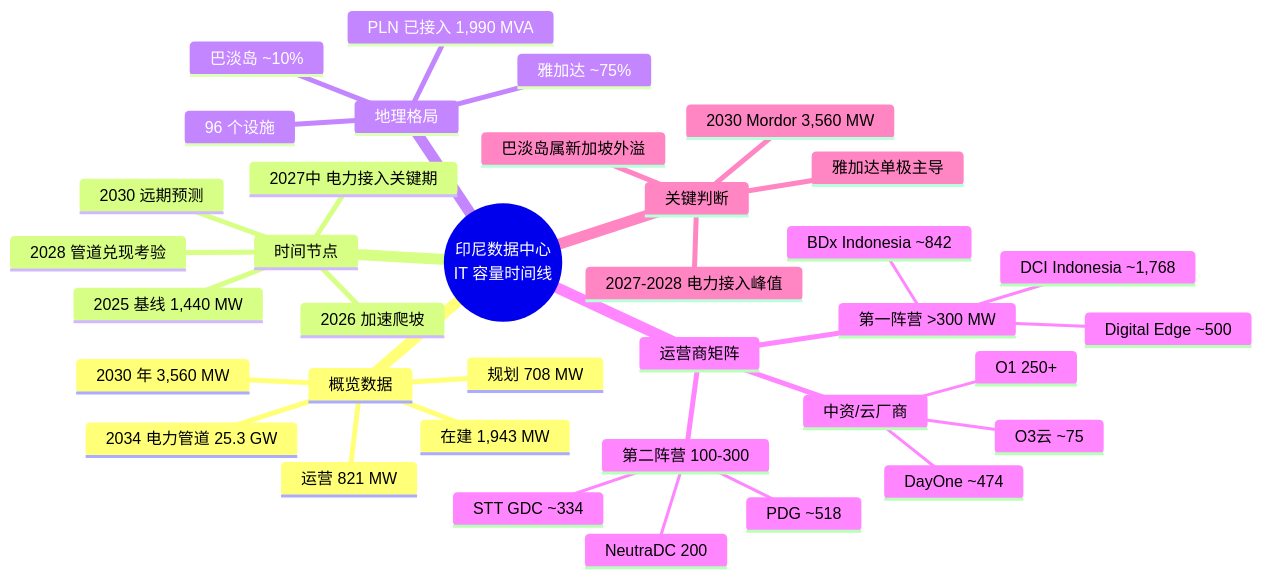
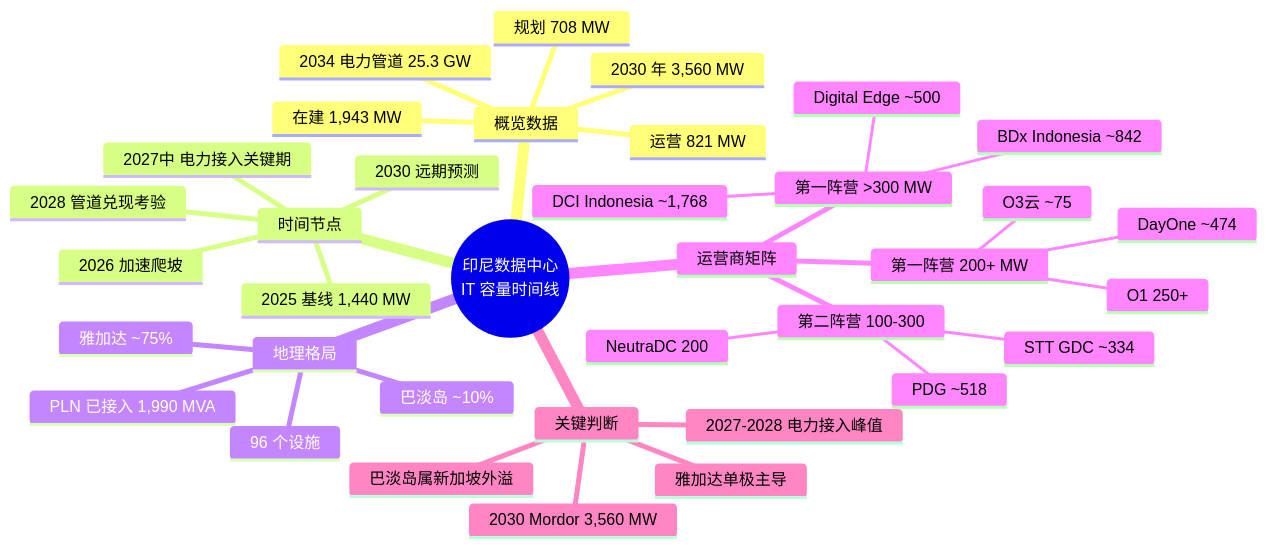
Before and after one commit to liweicong2016-collab/tech-blog: the diagram in content/zh/posts/indonesia-idc-timeline-2025-2030.md, drawn with Mermaid. The commit also changed 5 other files, not shown here.

````diff
--- a/content/zh/posts/indonesia-idc-timeline-2025-2030.md
+++ b/content/zh/posts/indonesia-idc-timeline-2025-2030.md
@@ -17,39 +17,39 @@
 ```mermaid
 mindmap
   root((印尼数据中心<br/>IT 容量时间线))
     概览数据
       运营 821 MW
       在建 1,943 MW
       规划 708 MW
       2030 年 3,560 MW
       2034 电力管道 25.3 GW
     时间节点
       2025 基线 1,440 MW
       2026 加速爬坡
       2027中 电力接入关键期
       2028 管道兑现考验
       2030 远期预测
     地理格局
       雅加达 ~75%
       巴淡岛 ~10%
       96 个设施
       PLN 已接入 1,990 MVA
     运营商矩阵
       第一阵营 >300 MW
         DCI Indonesia ~1,768
         BDx Indonesia ~842
         Digital Edge ~500
       第二阵营 100-300
         PDG ~518
         STT GDC ~334
         NeutraDC 200
-      中资/云厂商
+      第一阵营 200+ MW
         O1 250+
         O3云 ~75
         DayOne ~474
     关键判断
       雅加达单极主导
       巴淡岛属新加坡外溢
       2027-2028 电力接入峰值
       2030 Mordor 3,560 MW
 ```
````
